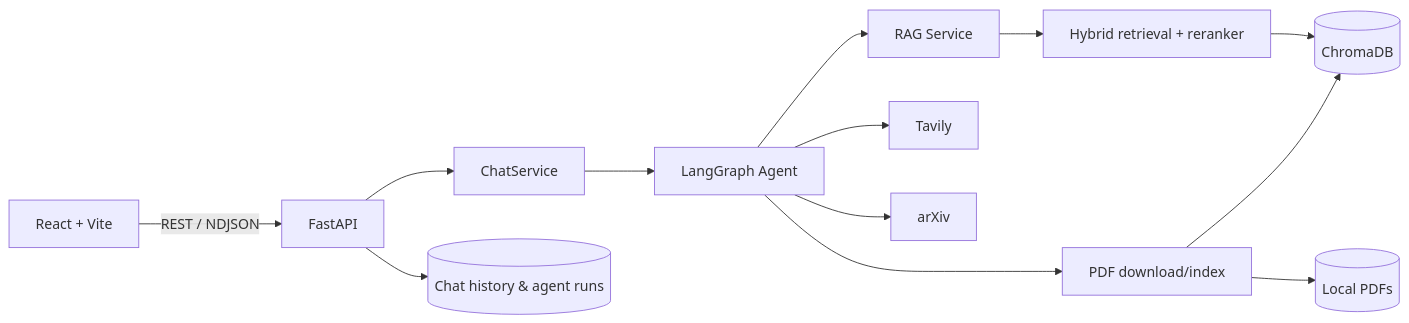
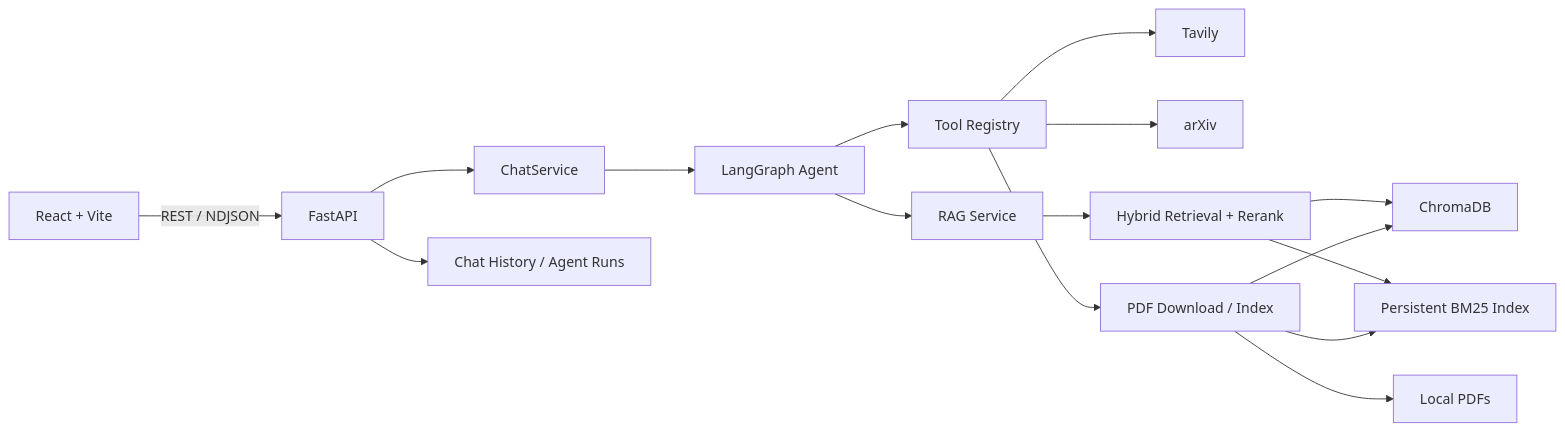
One commit to 8thMay03/Academic-Agentic-RAG changed the second of 2 diagrams in README.md. Above: the diagram before and after it, drawn with Mermaid. The commit also changed other lines of this file, not shown here.

````diff
--- a/README.md
+++ b/README.md
@@ -26,17 +71,20 @@
 ```mermaid
 flowchart LR
-    UI[React + Vite] -->|REST / NDJSON| API[FastAPI]
-    API --> CHAT[ChatService]
-    CHAT --> GRAPH[LangGraph Agent]
-    API --> HISTORY[(Chat history & agent runs)]
+    UI["React + Vite"] -->|"REST / NDJSON"| API["FastAPI"]
+    API --> CHAT["ChatService"]
+    CHAT --> GRAPH["LangGraph Agent"]
+    API --> STORE["Chat History / Agent Runs"]
 
-    GRAPH --> RAG[RAG Service]
-    GRAPH --> WEB[Tavily]
-    GRAPH --> ARXIV[arXiv]
-    GRAPH --> PDF[PDF download/index]
+    GRAPH --> RAG["RAG Service"]
+    GRAPH --> TOOLS["Tool Registry"]
+    TOOLS --> WEB["Tavily"]
+    TOOLS --> ARXIV["arXiv"]
+    TOOLS --> PDF["PDF Download / Index"]
 
-    RAG --> RETRIEVER[Hybrid retrieval + reranker]
-    RETRIEVER --> CHROMA[(ChromaDB)]
-    PDF --> FILES[(Local PDFs)]
+    RAG --> RETRIEVER["Hybrid Retrieval + Rerank"]
+    RETRIEVER --> CHROMA["ChromaDB"]
+    RETRIEVER --> BM25["Persistent BM25 Index"]
+    PDF --> FILES["Local PDFs"]
     PDF --> CHROMA
+    PDF --> BM25
 ```
````
